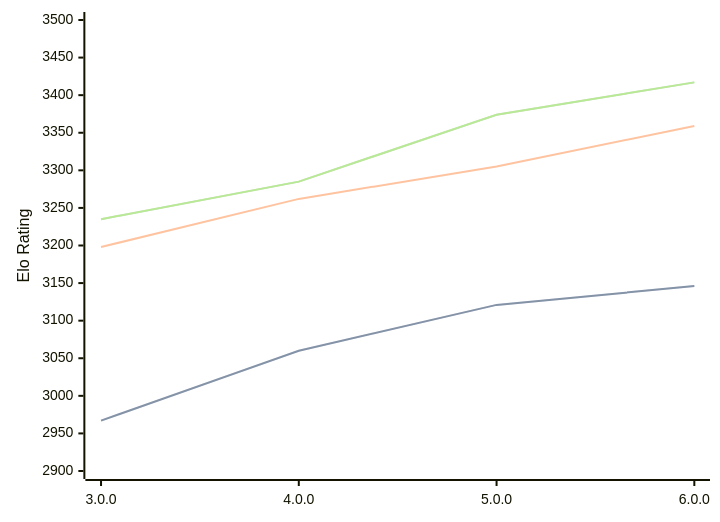
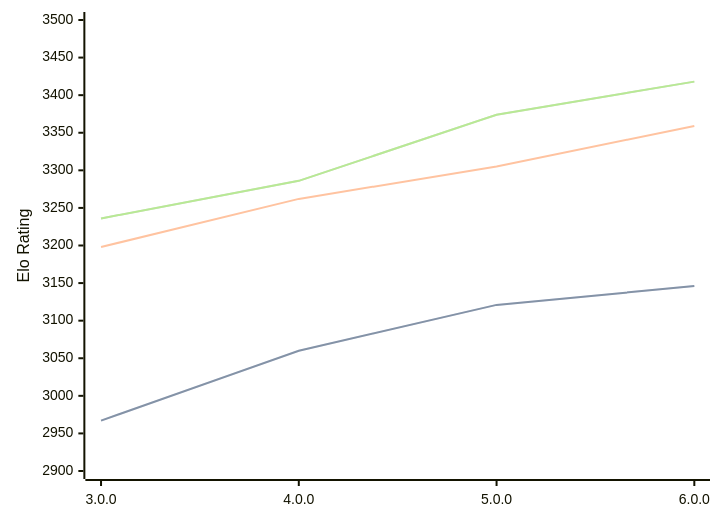
One commit to computer-chess-index/cci changed the diagram in engines/Minke.md. Above: the diagram before and after it, drawn with Mermaid. The commit also changed other lines of this file, not shown here.

Commit message:
Update CCI Ratings (ELO VLTC) - 2026-08-05

````diff
--- a/engines/Minke.md
+++ b/engines/Minke.md
@@ -36,11 +36,11 @@
 ```mermaid
 %%{init: {"theme":"base","themeVariables":{"seriesColors:['#a3a3a3','#222221','#faa371']}}}%%
 xychart-beta
   x-axis ["3.0.0", "4.0.0", "5.0.0", "6.0.0"]
   y-axis "Elo Rating" 2900 --> 3500
   line "STC (8.0+0.08s)" [2967, 3060, 3121, 3146]
   line "STC (8.0+0.08s)" [2967, 3060, 3121, 3146]
   line "LTC (60.0+0.60s)" [3198, 3262, 3305, 3359]
-  line "VLTC (2m24s+1.12s)" [3235, 3285, 3374, 3417]
-  line "VLTC (2m24s+1.12s)" [3235, 3285, 3374, 3417]
+  line "VLTC (2m24s+1.12s)" [3236, 3286, 3374, 3418]
+  line "VLTC (2m24s+1.12s)" [3236, 3286, 3374, 3418]
 ```
````
